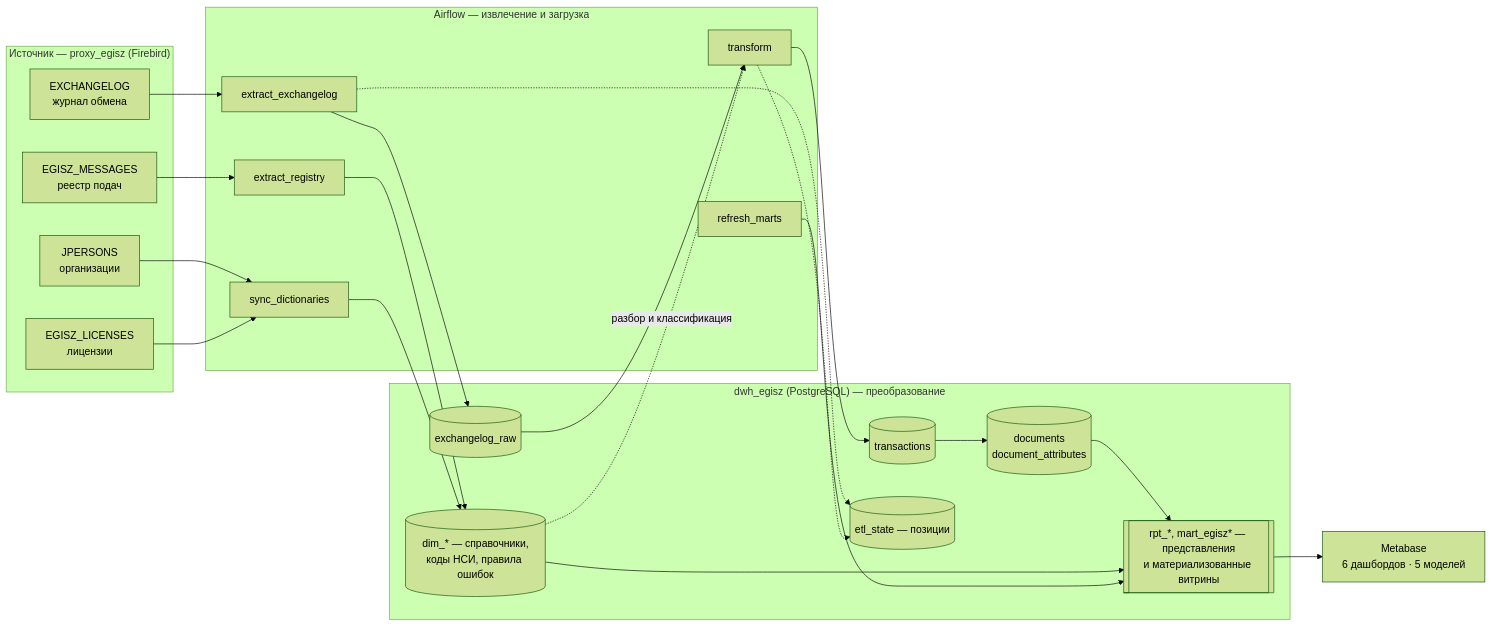
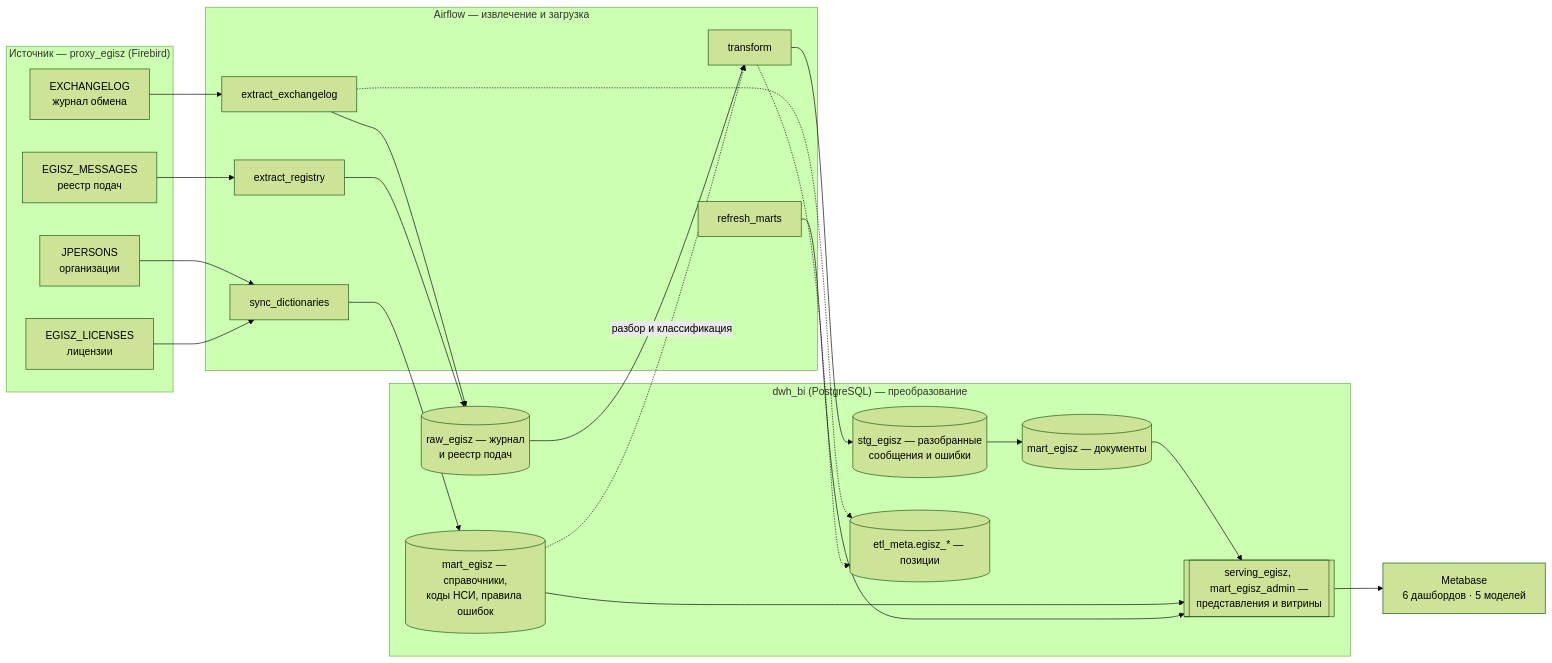
The second of 6 diagrams in README.md (asaf1n/EGISZ-Proxy-Reports-Airflow), drawn with Mermaid (forest theme) before and after one commit. The commit also changed other lines of this file and 47 other files, not shown here.

Commit message:
Исправить слияние: вернуть дерево main до слияния с metabase_egisz (a634aeb), соответствует dwh_bi_old

````diff
--- a/README.md
+++ b/README.md
@@ -94,41 +94,41 @@
 ```mermaid
 flowchart LR
     subgraph SRC["Источник — proxy_egisz (Firebird)"]
         EL[EXCHANGELOG<br/>журнал обмена]
         EM[EGISZ_MESSAGES<br/>реестр подач]
         JP[JPERSONS<br/>организации]
         LIC[EGISZ_LICENSES<br/>лицензии]
     end
 
     subgraph AF["Airflow — извлечение и загрузка"]
         T1[extract_exchangelog]
         T2[extract_registry]
         T3[sync_dictionaries]
         T4[transform]
         T5[refresh_marts]
     end
 
-    subgraph DWH["dwh_egisz (PostgreSQL) — преобразование"]
-        RAW[(exchangelog_raw)]
-        TX[(transactions)]
-        DOC[(documents<br/>document_attributes)]
-        DIM[(dim_* — справочники,<br/>коды НСИ, правила ошибок)]
-        RPT[[rpt_*, mart_egisz* — представления<br/>и материализованные витрины]]
-        ST[(etl_state — позиции)]
+    subgraph DWH["dwh_bi (PostgreSQL) — преобразование"]
+        RAW[(raw_egisz — журнал<br/>и реестр подач)]
+        TX[(stg_egisz — разобранные<br/>сообщения и ошибки)]
+        DOC[(mart_egisz — документы)]
+        DIM[(mart_egisz — справочники,<br/>коды НСИ, правила ошибок)]
+        RPT[[serving_egisz, mart_egisz_admin —<br/>представления и витрины]]
+        ST[(etl_meta.egisz_* — позиции)]
     end
 
     MB[Metabase<br/>6 дашбордов · 5 моделей]
 
     EL --> T1 --> RAW
-    EM --> T2 --> DIM
+    EM --> T2 --> RAW
     JP --> T3 --> DIM
     LIC --> T3
     RAW --> T4 --> TX --> DOC
     DIM -. разбор и классификация .-> T4
     DOC --> RPT
     DIM --> RPT
     T5 --> RPT
     RPT --> MB
     T1 -.-> ST
     T4 -.-> ST
 ```
````
